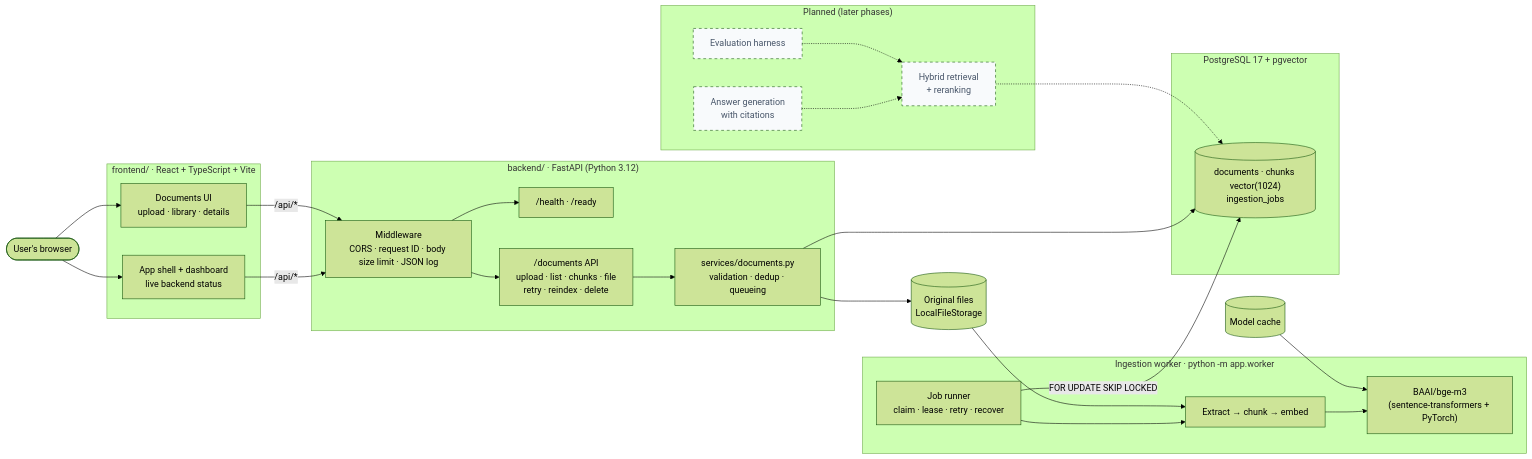
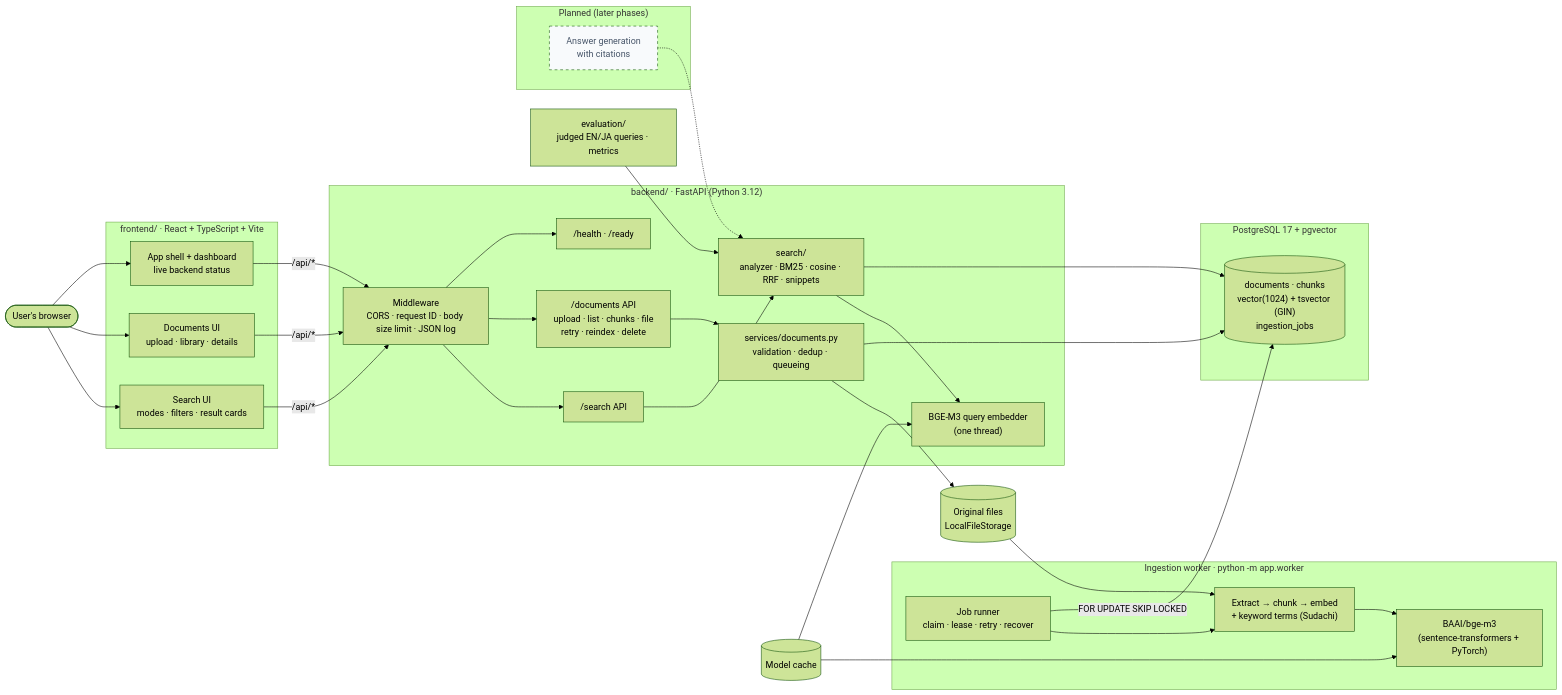
Before and after one commit to Yash01Negi/docs-rag-platform: the first of 2 diagrams in docs/architecture.md, drawn with Mermaid (forest theme). The commit also changed other lines of this file and 12 other files, not shown here.

First line of the commit message:
Document Phase 3 retrieval and record the evaluation results

````diff
--- a/docs/architecture.md
+++ b/docs/architecture.md
@@ -9,54 +10,61 @@
 ```mermaid
 flowchart LR
     user([User's browser])
 
     subgraph frontend["frontend/ · React + TypeScript + Vite"]
         shell["App shell + dashboard<br/>live backend status"]
         docsui["Documents UI<br/>upload · library · details"]
+        searchui["Search UI<br/>modes · filters · result cards"]
     end
 
     subgraph backend["backend/ · FastAPI (Python 3.12)"]
         mw["Middleware<br/>CORS · request ID · body size limit · JSON log"]
         health["/health · /ready"]
         docsapi["/documents API<br/>upload · list · chunks · file<br/>retry · reindex · delete"]
         svc["services/documents.py<br/>validation · dedup · queueing"]
+        searchapi["/search API"]
+        search["search/<br/>analyzer · BM25 · cosine · RRF · snippets"]
+        qmodel["BGE-M3 query embedder<br/>(one thread)"]
     end
 
     subgraph workerp["Ingestion worker · python -m app.worker"]
         runner["Job runner<br/>claim · lease · retry · recover"]
-        pipe["Extract → chunk → embed"]
+        pipe["Extract → chunk → embed<br/>+ keyword terms (Sudachi)"]
         model["BAAI/bge-m3<br/>(sentence-transformers + PyTorch)"]
     end
 
     subgraph data["PostgreSQL 17 + pgvector"]
-        pg[("documents · chunks vector(1024)<br/>ingestion_jobs")]
+        pg[("documents · chunks<br/>vector(1024) + tsvector (GIN)<br/>ingestion_jobs")]
     end
 
     files[("Original files<br/>LocalFileStorage")]
     cache[("Model cache")]
 
+    evalh["evaluation/<br/>judged EN/JA queries · metrics"]
+
     subgraph later["Planned (later phases)"]
-        retrieval["Hybrid retrieval<br/>+ reranking"]
         answer["Answer generation<br/>with citations"]
-        evaluation["Evaluation harness"]
     end
 
     user --> shell
     user --> docsui
-    shell & docsui -- "/api/*" --> mw
-    mw --> health & docsapi
+    user --> searchui
+    shell & docsui & searchui -- "/api/*" --> mw
+    mw --> health & docsapi & searchapi
+    searchapi --> search --> pg
+    search --> qmodel
+    cache --> qmodel
     docsapi --> svc
     svc --> pg
     svc --> files
     runner -- "FOR UPDATE SKIP LOCKED" --> pg
     runner --> pipe --> model
     files --> pipe
     cache --> model
 
-    retrieval -.-> pg
-    answer -.-> retrieval
-    evaluation -.-> retrieval
+    evalh --> search
+    answer -.-> search
 
     classDef planned stroke-dasharray: 5 5,fill:#f8fafc,color:#475569;
-    class retrieval,answer,evaluation planned;
+    class answer planned;
 ```
````
